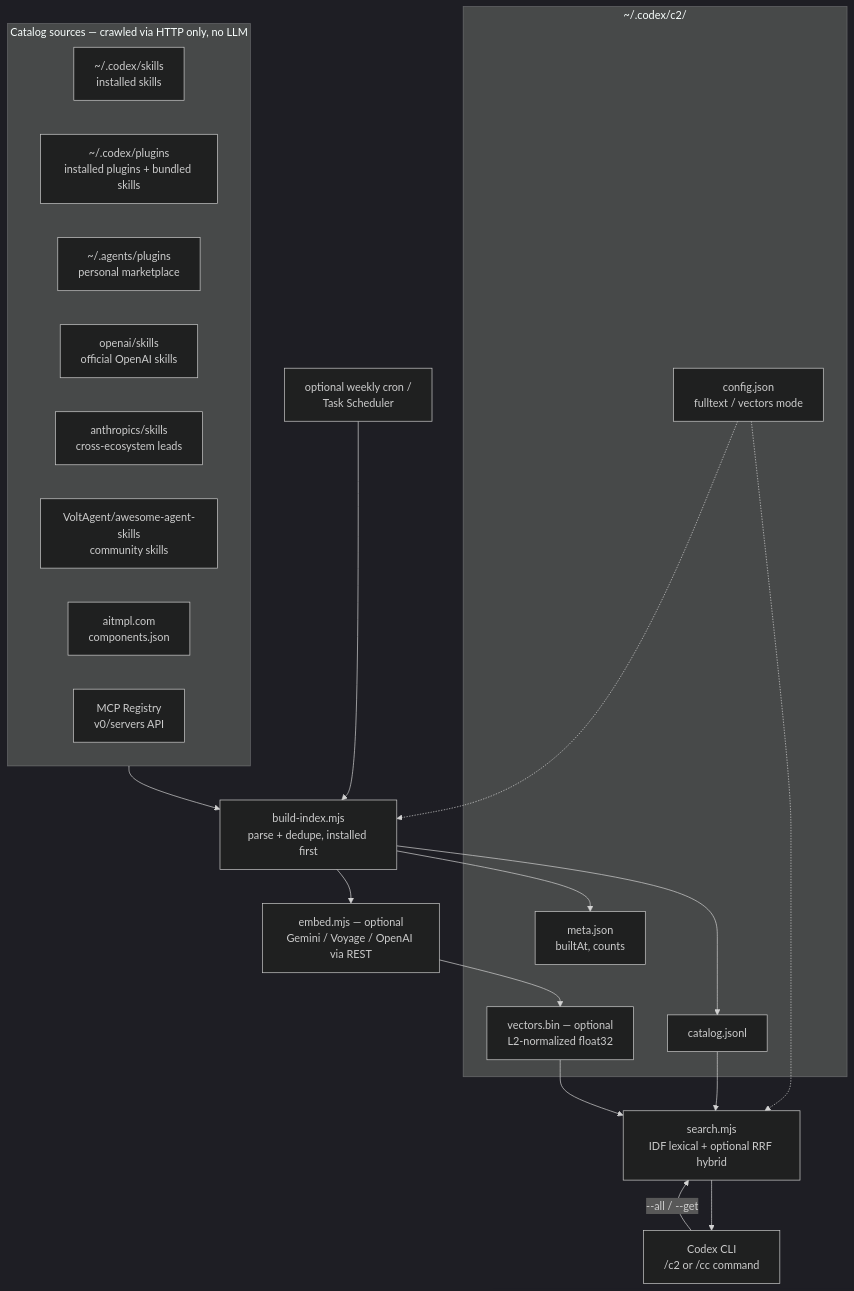
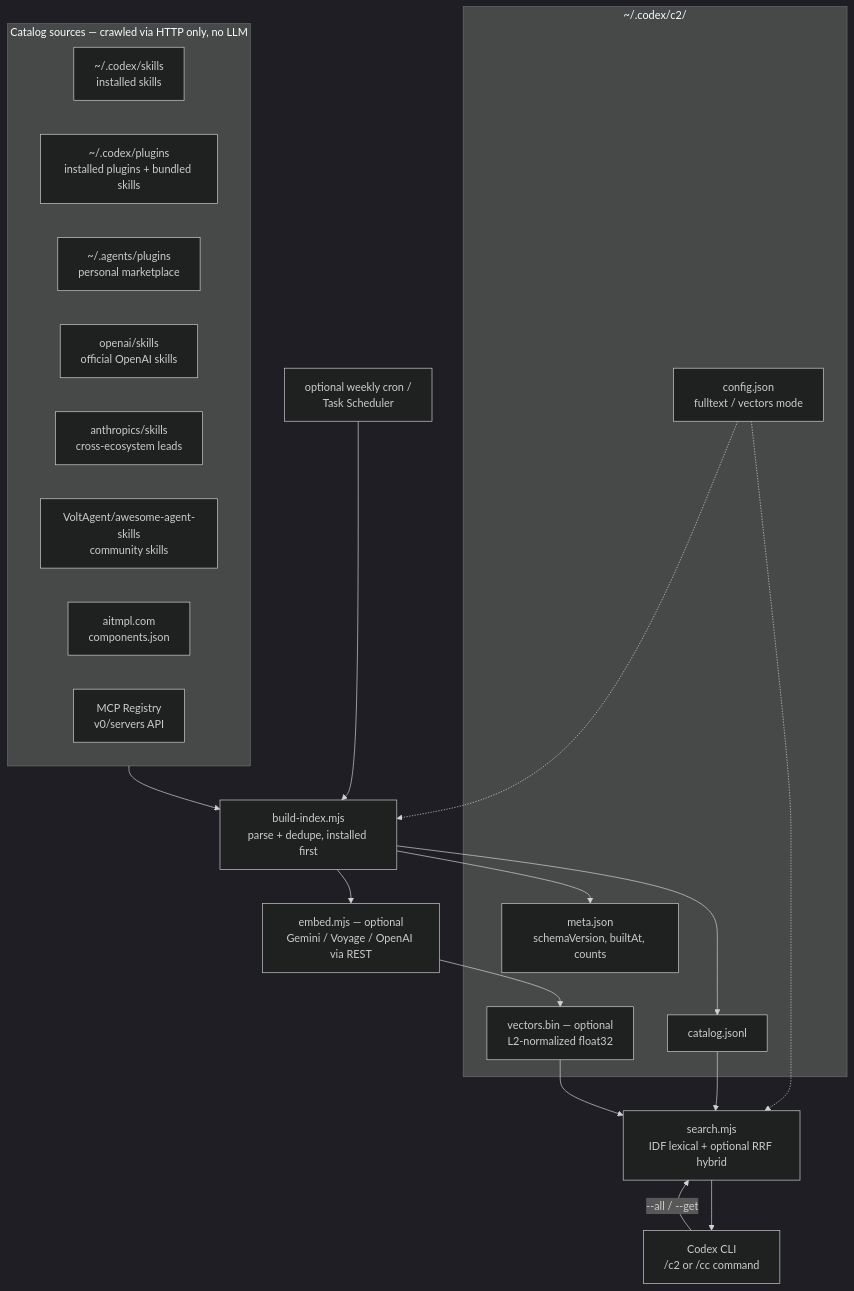
One commit to happygoluckydev/c2 changed the first of 2 diagrams in README.md. Above: the diagram before and after it, drawn with Mermaid (dark theme). The commit also changed other lines of this file and 5 other files, not shown here.

````diff
--- a/README.md
+++ b/README.md
@@ -44,38 +44,38 @@
 ```mermaid
 flowchart TB
     subgraph sources["Catalog sources — crawled via HTTP only, no LLM"]
         A1["~/.codex/skills<br/>installed skills"]
         A2["~/.codex/plugins<br/>installed plugins + bundled skills"]
         A3["~/.agents/plugins<br/>personal marketplace"]
         B1["openai/skills<br/>official OpenAI skills"]
         B2["anthropics/skills<br/>cross-ecosystem leads"]
         B3["VoltAgent/awesome-agent-skills<br/>community skills"]
         B4["aitmpl.com<br/>components.json"]
         B5["MCP Registry<br/>v0/servers API"]
     end
 
     CRON["optional weekly cron /<br/>Task Scheduler"] --> BUILD
     BUILD["build-index.mjs<br/>parse + dedupe, installed first"]
     EMB["embed.mjs — optional<br/>Gemini / Voyage / OpenAI via REST"]
 
     subgraph store["~/.codex/c2/"]
         CFG["config.json<br/>fulltext / vectors mode"]
         CAT["catalog.jsonl"]
         VEC["vectors.bin — optional<br/>L2-normalized float32"]
-        META["meta.json<br/>builtAt, counts"]
+        META["meta.json<br/>schemaVersion, builtAt, counts"]
     end
 
     SEARCH["search.mjs<br/>IDF lexical + optional RRF hybrid"]
     CODEX["Codex CLI<br/>/c2 or /cc command"]
 
     sources --> BUILD
     CFG -.-> BUILD
     CFG -.-> SEARCH
     BUILD --> CAT
     BUILD --> META
     BUILD --> EMB --> VEC
     CAT --> SEARCH
     VEC --> SEARCH
     CODEX -->|"--all / --get"| SEARCH
     SEARCH --> CODEX
 ```
````
